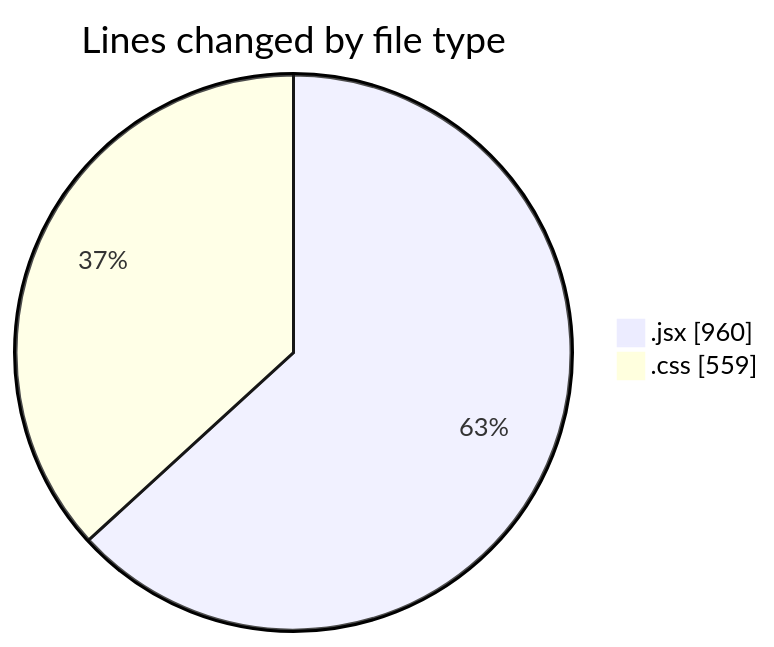
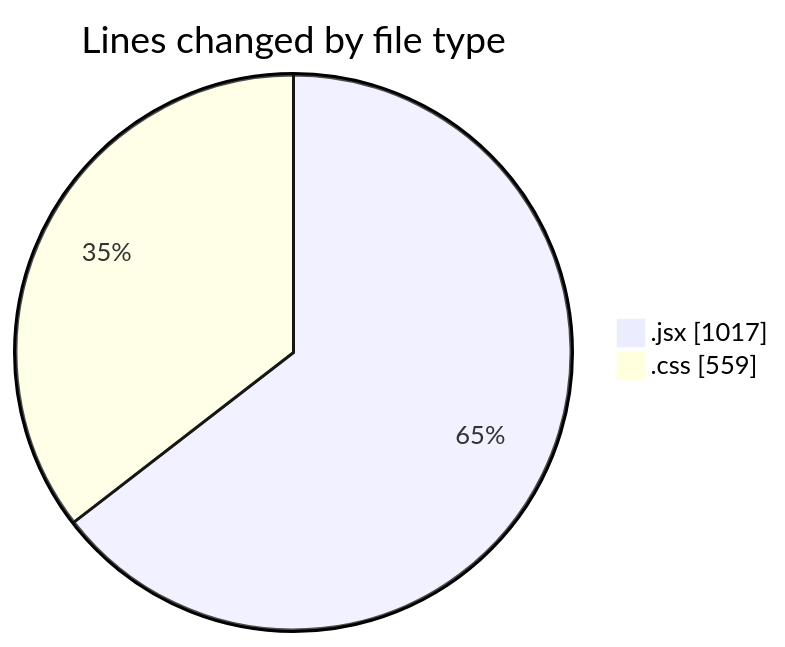
Before and after one commit to BS-eng2023/code-tracking: the first of 2 diagrams in 2025-05-08/react/README.md, drawn with Mermaid. The commit also changed other lines of this file and 1 other file, not shown here.

````diff
--- a/2025-05-08/react/README.md
+++ b/2025-05-08/react/README.md
@@ -27,6 +28,6 @@
 ```mermaid
 pie showData
 title Lines changed by file type
-".jsx" : 960
+".jsx" : 1017
 ".css" : 559
 ```
````
